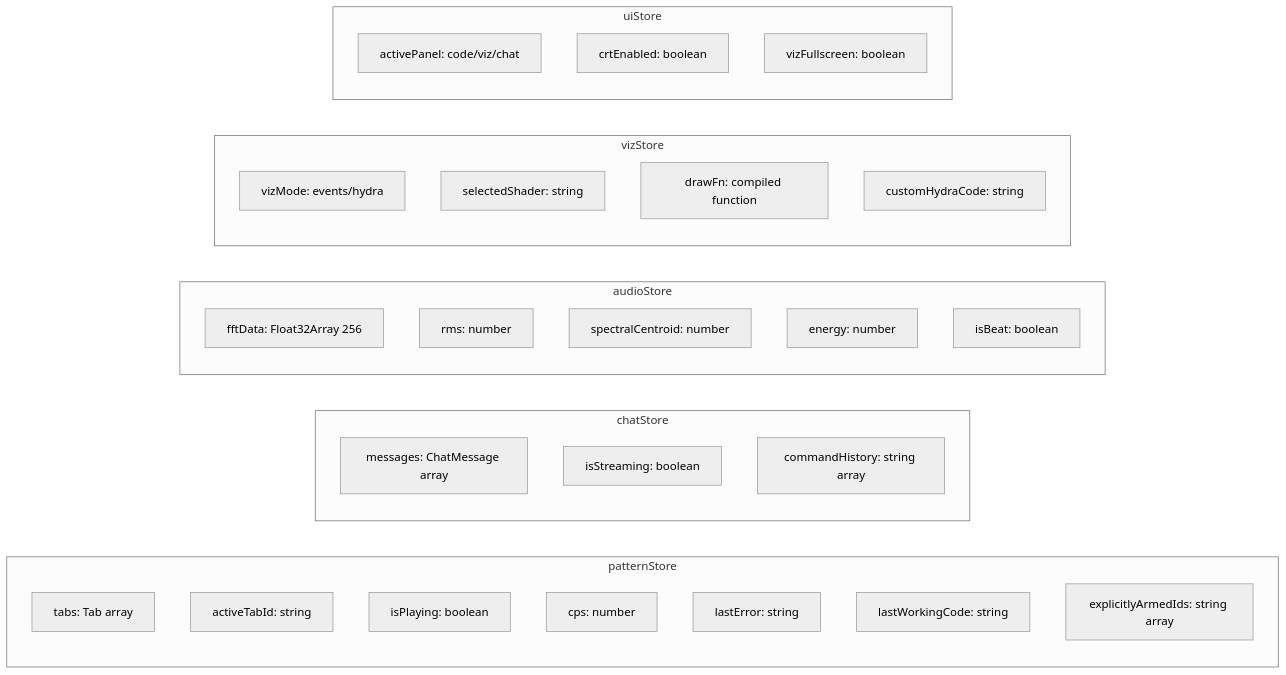
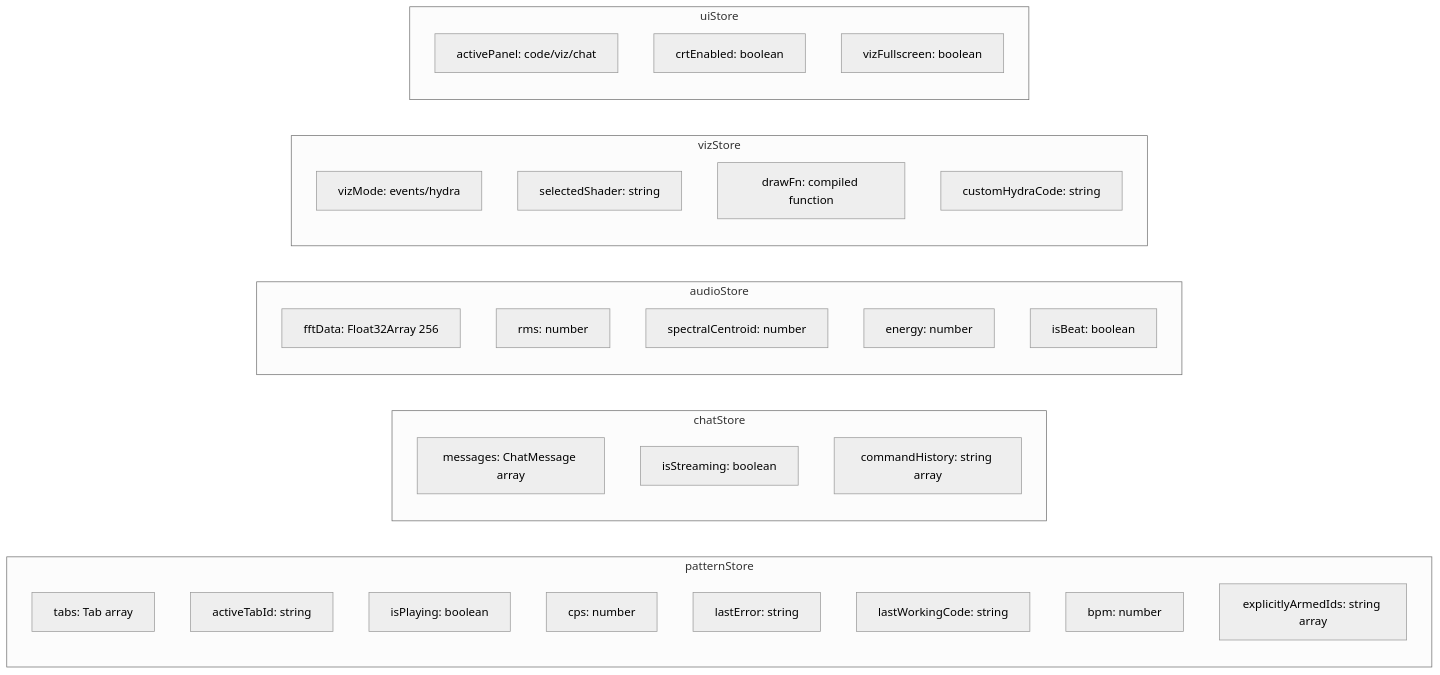
The fourth of 21 diagrams in docs/how-it-works.md (weathermachine/EuroHack), drawn with Mermaid (neutral theme) before and after one commit. The commit also changed other lines of this file and 4 other files, not shown here.

````diff
--- a/docs/how-it-works.md
+++ b/docs/how-it-works.md
@@ -199,39 +199,40 @@
 ```mermaid
 graph LR
     subgraph patternStore
         TABS[tabs: Tab array]
         ACTIVE[activeTabId: string]
         PLAYING[isPlaying: boolean]
         CPS[cps: number]
         ERROR[lastError: string]
         LWC[lastWorkingCode: string]
+        BPM[bpm: number]
         ARMED[explicitlyArmedIds: string array]
     end
 
     subgraph chatStore
         MSGS[messages: ChatMessage array]
         STREAM[isStreaming: boolean]
         HIST[commandHistory: string array]
     end
 
     subgraph audioStore
         FFT[fftData: Float32Array 256]
         RMS[rms: number]
         SC[spectralCentroid: number]
         ENERGY[energy: number]
         BEAT[isBeat: boolean]
     end
 
     subgraph vizStore
         VMODE[vizMode: events/hydra]
         SHADER[selectedShader: string]
         DRAWFN[drawFn: compiled function]
         HYDRA_CODE[customHydraCode: string]
     end
 
     subgraph uiStore
         PANEL[activePanel: code/viz/chat]
         CRT[crtEnabled: boolean]
         VFULL[vizFullscreen: boolean]
     end
 ```
````
